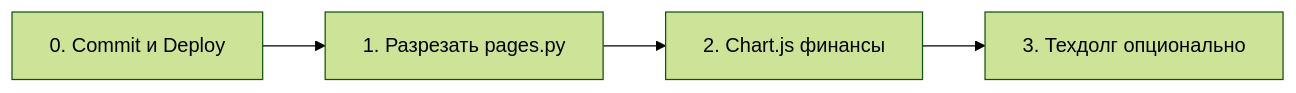
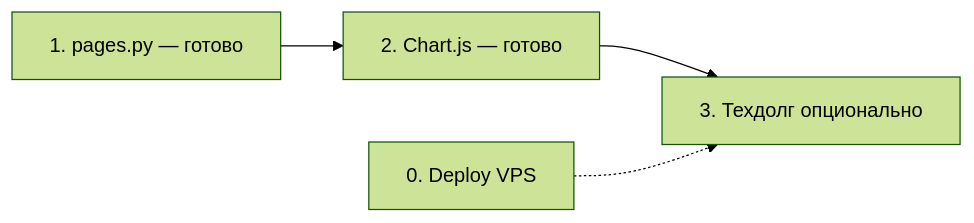
One commit to LittleBitBadGirl/plan changed the diagram in docs/SUBAGENT_PLAN.md. Above: the diagram before and after it, drawn with Mermaid (forest theme). The commit also changed other lines of this file and 23 other files, not shown here.

First line of the commit message:
Alembic и бэкап SQLite; Chart.js на /finance; актуализация доков

````diff
--- a/docs/SUBAGENT_PLAN.md
+++ b/docs/SUBAGENT_PLAN.md
@@ -22,8 +24,10 @@
 ```mermaid
 flowchart LR
-  P0[0. Commit и Deploy]
-  P1[1. Разрезать pages.py]
-  P2[2. Chart.js финансы]
+  P0[0. Deploy VPS]
+  P1[1. pages.py — готово]
+  P2[2. Chart.js — готово]
   P3[3. Техдолг опционально]
-  P0 --> P1 --> P2 --> P3
+  P1 --> P2
+  P2 --> P3
+  P0 -.-> P3
 ```
````
